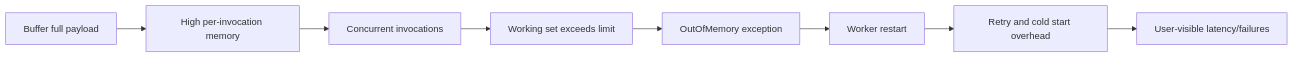
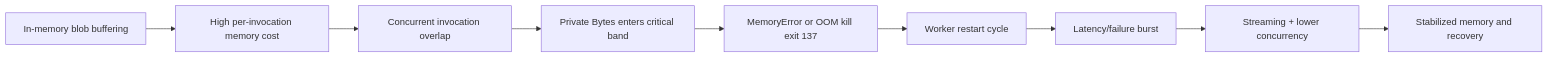
The second of 3 diagrams in docs/troubleshooting/lab-guides/out-of-memory-crash.md (yeongseon/azure-functions-practical-guide), drawn with Mermaid before and after one commit. The commit also changed other lines of this file and 21 other files, not shown here.

````diff
--- a/docs/troubleshooting/lab-guides/out-of-memory-crash.md
+++ b/docs/troubleshooting/lab-guides/out-of-memory-crash.md
@@ -87,10 +73,11 @@
 ```mermaid
 flowchart LR
-    A[Buffer full payload] --> B[High per-invocation memory]
-    B --> C[Concurrent invocations]
-    C --> D[Working set exceeds limit]
-    D --> E[OutOfMemory exception]
-    E --> F[Worker restart]
-    F --> G[Retry and cold start overhead]
-    G --> H[User-visible latency/failures]
+    A[In-memory blob buffering] --> B[High per-invocation memory cost]
+    B --> C[Concurrent invocation overlap]
+    C --> D[Private Bytes enters critical band]
+    D --> E[MemoryError or OOM kill exit 137]
+    E --> F[Worker restart cycle]
+    F --> G[Latency/failure burst]
+    G --> H[Streaming + lower concurrency]
+    H --> I[Stabilized memory and recovery]
 ```
````
